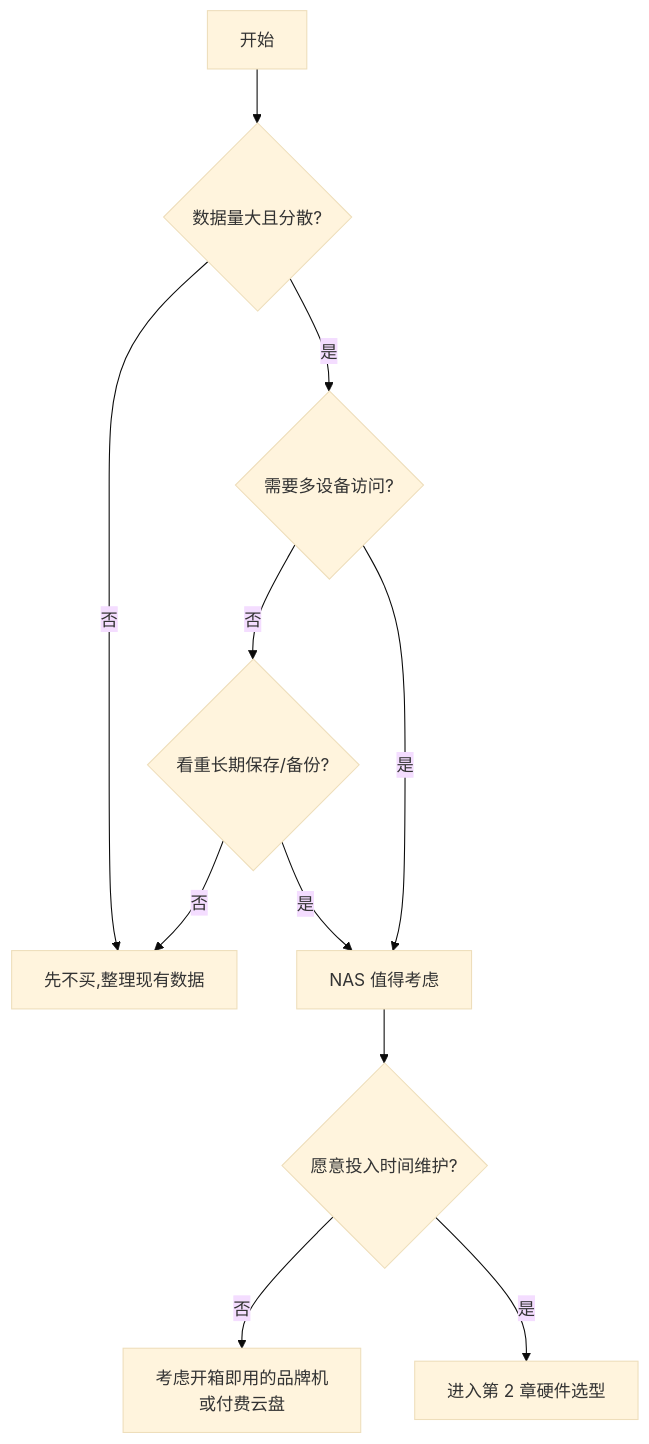
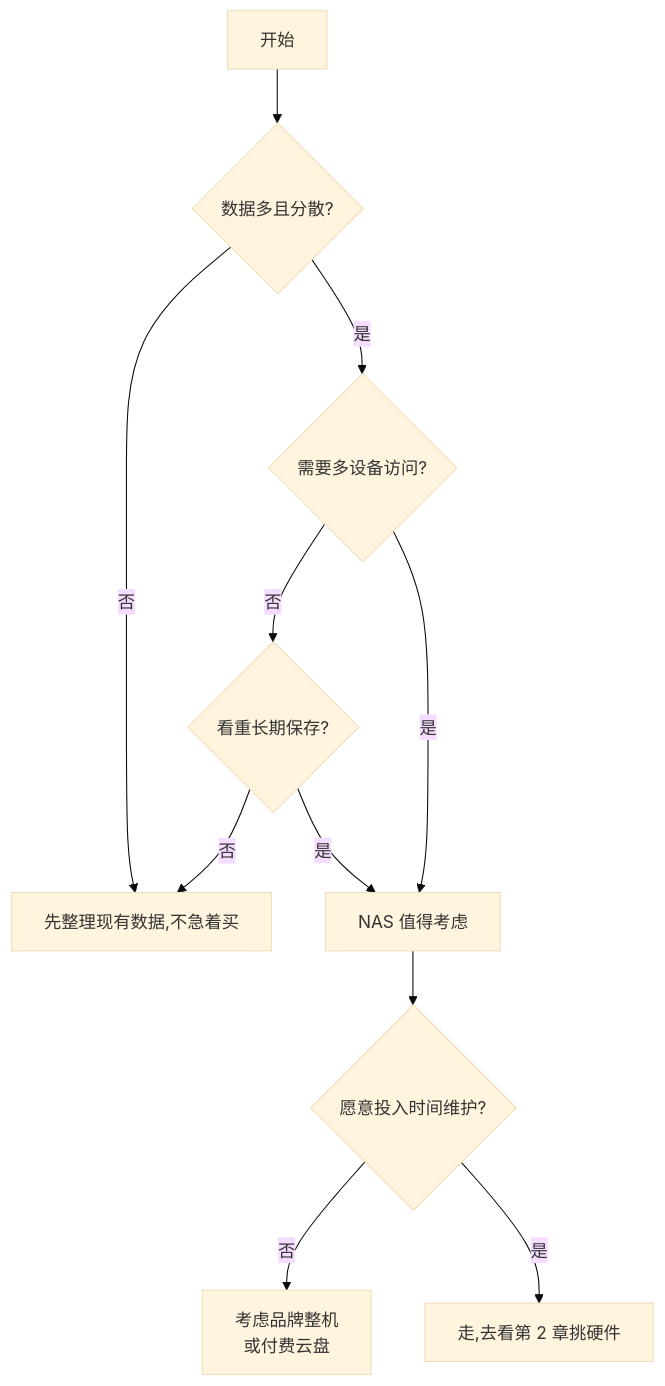
The diagram in docs/01-认识NAS/1.3-谁需要NAS.md (cv-superding/nas-guide), drawn with Mermaid (base theme) before and after one commit. The commit also changed other lines of this file and 2 other files, not shown here.

````diff
--- a/docs/01-认识NAS/1.3-谁需要NAS.md
+++ b/docs/01-认识NAS/1.3-谁需要NAS.md
@@ -56,13 +52,13 @@
 ```mermaid
 flowchart TD
-    A[开始] --> B{数据量大且分散?}
-    B -->|否| Z[先不买,整理现有数据]
+    A[开始] --> B{数据多且分散?}
+    B -->|否| Z[先整理现有数据,不急着买]
     B -->|是| C{需要多设备访问?}
-    C -->|否| D{看重长期保存/备份?}
+    C -->|否| D{看重长期保存?}
     C -->|是| E[NAS 值得考虑]
     D -->|否| Z
     D -->|是| E
     E --> F{愿意投入时间维护?}
-    F -->|否| G[考虑开箱即用的品牌机<br/>或付费云盘]
-    F -->|是| H[进入第 2 章硬件选型]
+    F -->|否| G[考虑品牌整机<br/>或付费云盘]
+    F -->|是| H[走,去看第 2 章挑硬件]
 ```
````
